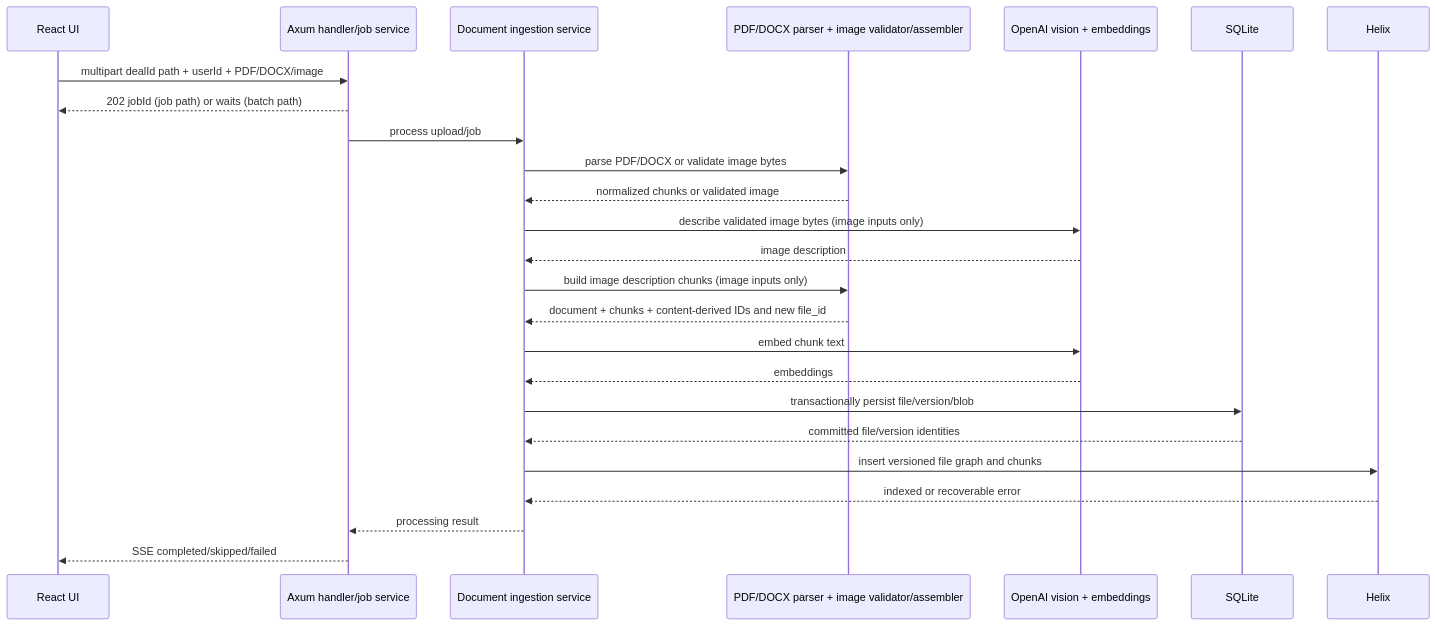
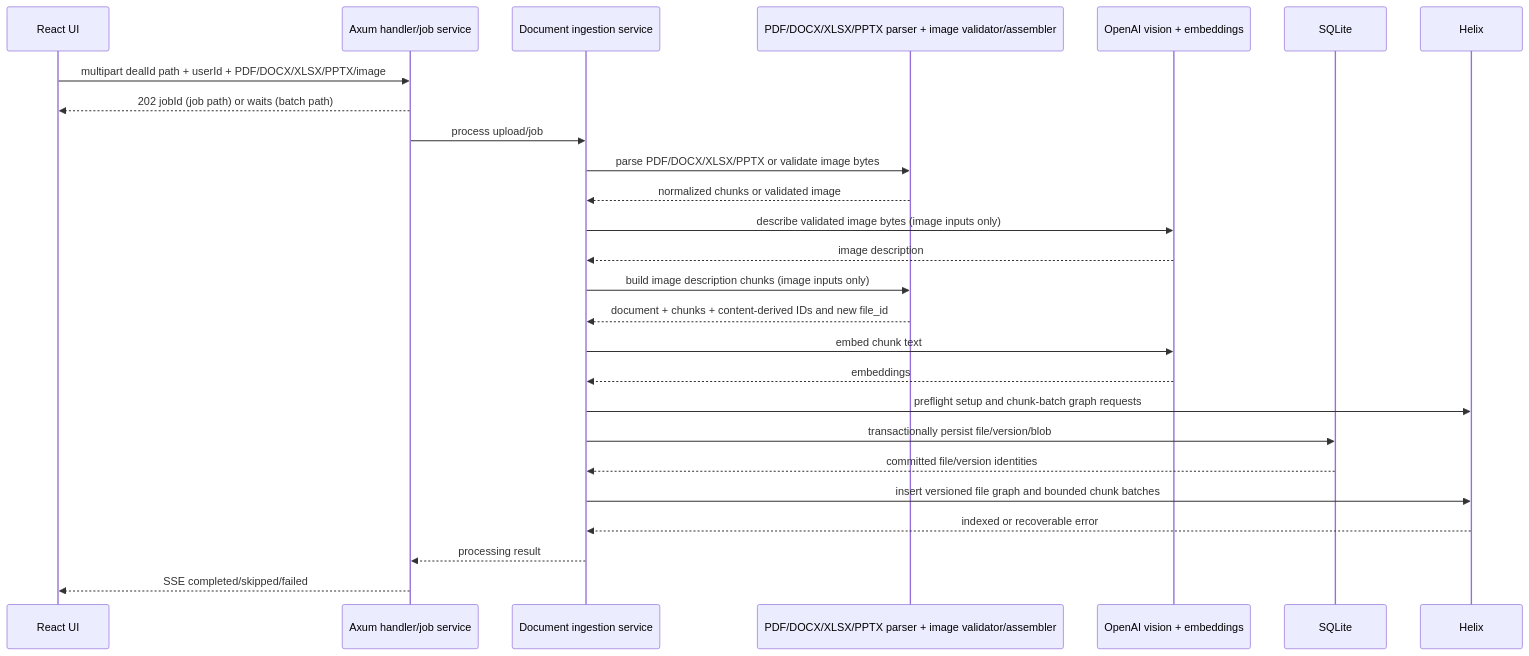
One commit to ratik-gambhir-WM/Quarry changed the third of 3 diagrams in docs/ARCHITECTURE.md. Above: the diagram before and after it, drawn with Mermaid. The commit also changed other lines of this file and 27 other files, not shown here.

````diff
--- a/docs/ARCHITECTURE.md
+++ b/docs/ARCHITECTURE.md
@@ -1068,28 +1070,29 @@
 ```mermaid
 sequenceDiagram
     participant UI as React UI
     participant API as Axum handler/job service
     participant Ingestion as Document ingestion service
-    participant Parser as PDF/DOCX parser + image validator/assembler
+    participant Parser as PDF/DOCX/XLSX/PPTX parser + image validator/assembler
     participant AI as OpenAI vision + embeddings
     participant SQL as SQLite
     participant H as Helix
 
-    UI->>API: multipart dealId path + userId + PDF/DOCX/image
+    UI->>API: multipart dealId path + userId + PDF/DOCX/XLSX/PPTX/image
     API-->>UI: 202 jobId (job path) or waits (batch path)
     API->>Ingestion: process upload/job
-    Ingestion->>Parser: parse PDF/DOCX or validate image bytes
+    Ingestion->>Parser: parse PDF/DOCX/XLSX/PPTX or validate image bytes
     Parser-->>Ingestion: normalized chunks or validated image
     Ingestion->>AI: describe validated image bytes (image inputs only)
     AI-->>Ingestion: image description
     Ingestion->>Parser: build image description chunks (image inputs only)
     Parser-->>Ingestion: document + chunks + content-derived IDs and new file_id
     Ingestion->>AI: embed chunk text
     AI-->>Ingestion: embeddings
+    Ingestion->>H: preflight setup and chunk-batch graph requests
     Ingestion->>SQL: transactionally persist file/version/blob
     SQL-->>Ingestion: committed file/version identities
-    Ingestion->>H: insert versioned file graph and chunks
+    Ingestion->>H: insert versioned file graph and bounded chunk batches
     H-->>Ingestion: indexed or recoverable error
     Ingestion-->>API: processing result
     API-->>UI: SSE completed/skipped/failed
 ```
````
